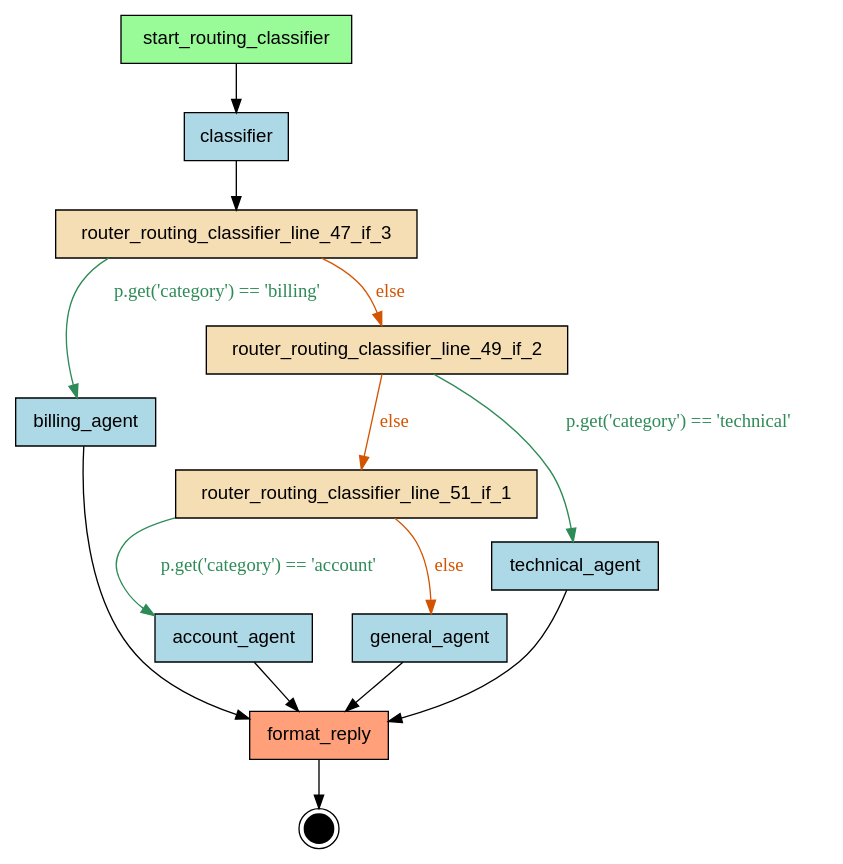
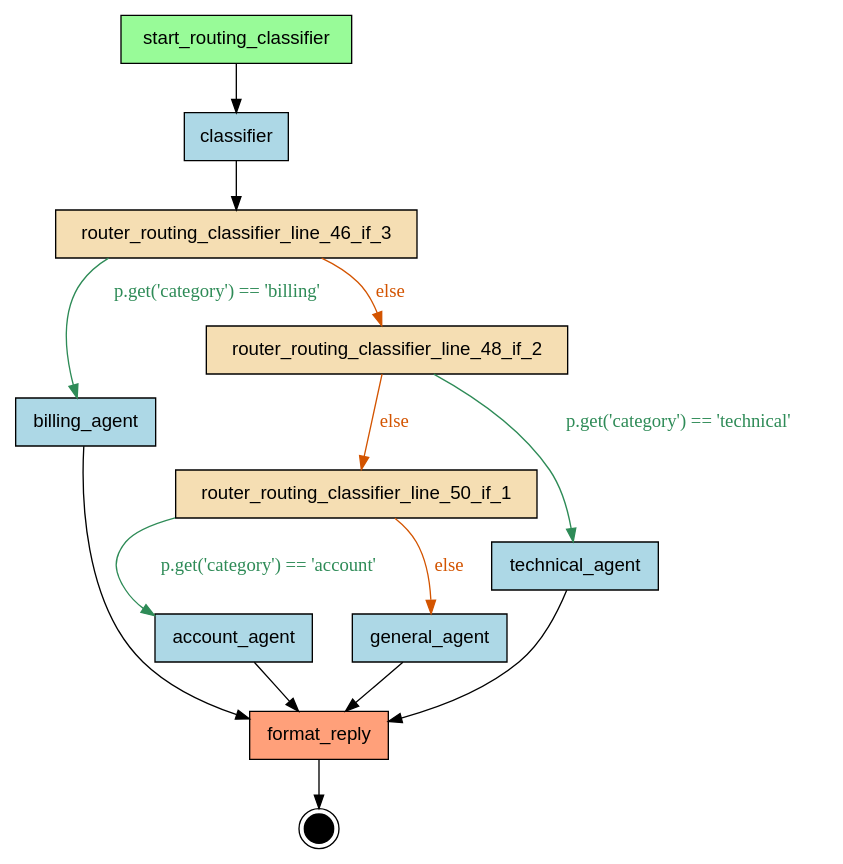
One commit to deliveryhero/asya changed the diagram in examples/flows/agentic/compiled/routing_classifier/flow.dot. Above: the diagram before and after it, drawn with Graphviz. The commit also changed 1203 other files, not shown here.

```diff
--- a/examples/flows/agentic/compiled/routing_classifier/flow.dot
+++ b/examples/flows/agentic/compiled/routing_classifier/flow.dot
@@ -1,33 +1,33 @@
 digraph "routing_classifier" {
     rankdir=TB;
     node [shape=box, style=filled, fontname="Helvetica"];
 
     { rank=source; start_routing_classifier; }
 
     account_agent [label="account_agent", fillcolor=lightblue];
     billing_agent [label="billing_agent", fillcolor=lightblue];
     classifier [label="classifier", fillcolor=lightblue];
     format_reply [label="format_reply", fillcolor=lightsalmon];
     general_agent [label="general_agent", fillcolor=lightblue];
-    router_routing_classifier_line_47_if_3 [label="router_routing_classifier_line_47_if_3", fillcolor=wheat];
-    router_routing_classifier_line_49_if_2 [label="router_routing_classifier_line_49_if_2", fillcolor=wheat];
-    router_routing_classifier_line_51_if_1 [label="router_routing_classifier_line_51_if_1", fillcolor=wheat];
+    router_routing_classifier_line_46_if_3 [label="router_routing_classifier_line_46_if_3", fillcolor=wheat];
+    router_routing_classifier_line_48_if_2 [label="router_routing_classifier_line_48_if_2", fillcolor=wheat];
+    router_routing_classifier_line_50_if_1 [label="router_routing_classifier_line_50_if_1", fillcolor=wheat];
     start_routing_classifier [label="start_routing_classifier", fillcolor=palegreen];
     technical_agent [label="technical_agent", fillcolor=lightblue];
 
     __end__ [label="", shape=doublecircle, fillcolor=black, width=0.3, fixedsize=true];
 
     start_routing_classifier -> classifier;
-    classifier -> router_routing_classifier_line_47_if_3;
-    router_routing_classifier_line_51_if_1 -> account_agent [label="p.get('category') == 'account'", color="#2E8B57", fontcolor="#2E8B57"];
-    router_routing_classifier_line_51_if_1 -> general_agent [label="else", color="#D35400", fontcolor="#D35400"];
-    router_routing_classifier_line_49_if_2 -> technical_agent [label="p.get('category') == 'technical'", color="#2E8B57", fontcolor="#2E8B57"];
-    router_routing_classifier_line_49_if_2 -> router_routing_classifier_line_51_if_1 [label="else", color="#D35400", fontcolor="#D35400"];
-    router_routing_classifier_line_47_if_3 -> billing_agent [label="p.get('category') == 'billing'", color="#2E8B57", fontcolor="#2E8B57"];
+    classifier -> router_routing_classifier_line_46_if_3;
+    router_routing_classifier_line_50_if_1 -> account_agent [label="p.get('category') == 'account'", color="#2E8B57", fontcolor="#2E8B57"];
+    router_routing_classifier_line_50_if_1 -> general_agent [label="else", color="#D35400", fontcolor="#D35400"];
+    router_routing_classifier_line_48_if_2 -> technical_agent [label="p.get('category') == 'technical'", color="#2E8B57", fontcolor="#2E8B57"];
+    router_routing_classifier_line_48_if_2 -> router_routing_classifier_line_50_if_1 [label="else", color="#D35400", fontcolor="#D35400"];
+    router_routing_classifier_line_46_if_3 -> billing_agent [label="p.get('category') == 'billing'", color="#2E8B57", fontcolor="#2E8B57"];
     billing_agent -> format_reply;
-    router_routing_classifier_line_47_if_3 -> router_routing_classifier_line_49_if_2 [label="else", color="#D35400", fontcolor="#D35400"];
+    router_routing_classifier_line_46_if_3 -> router_routing_classifier_line_48_if_2 [label="else", color="#D35400", fontcolor="#D35400"];
     technical_agent -> format_reply;
     account_agent -> format_reply;
     general_agent -> format_reply;
     format_reply -> __end__;
 }
```
